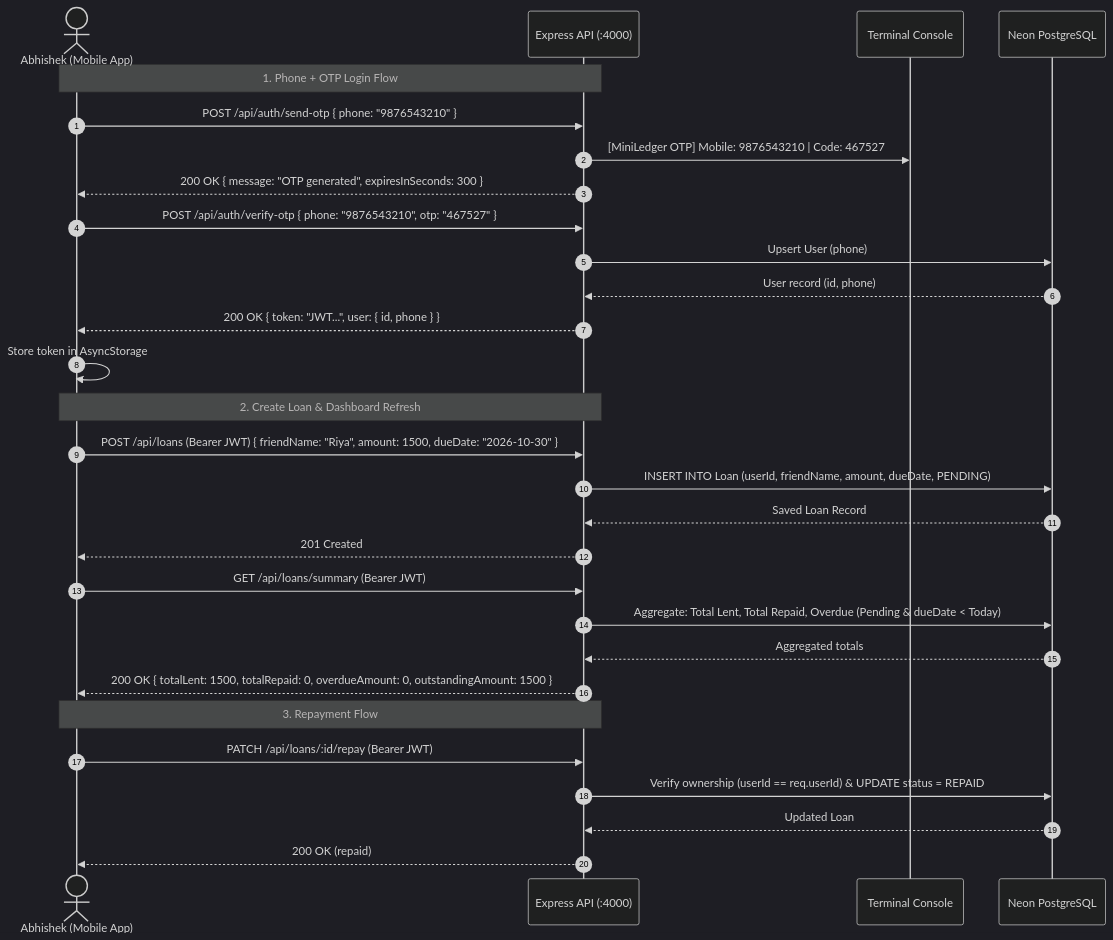
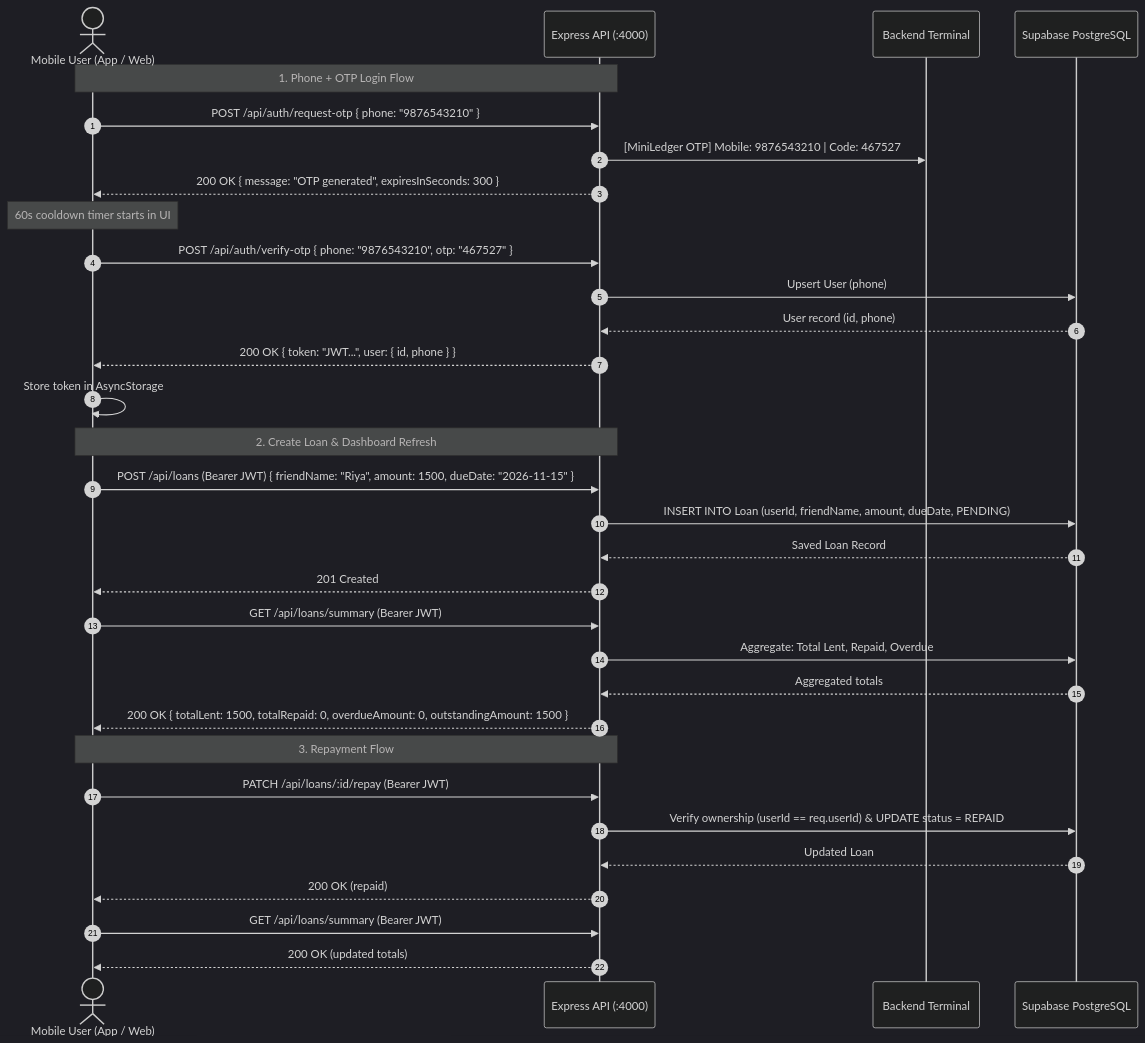
The second of 2 diagrams in README.md (abhishekpathak17052005/Miniledger), drawn with Mermaid (dark theme) before and after one commit. The commit also changed other lines of this file, not shown here.

````diff
--- a/README.md
+++ b/README.md
@@ -53,35 +106,37 @@
 ```mermaid
 sequenceDiagram
     autonumber
-    actor User as Abhishek (Mobile App)
+    actor User as Mobile User (App / Web)
     participant API as Express API (:4000)
-    participant Console as Terminal Console
-    participant DB as Neon PostgreSQL
+    participant Console as Backend Terminal
+    participant DB as Supabase PostgreSQL
 
     Note over User, API: 1. Phone + OTP Login Flow
-    User->>API: POST /api/auth/send-otp { phone: "9876543210" }
+    User->>API: POST /api/auth/request-otp { phone: "9876543210" }
     API->>Console: [MiniLedger OTP] Mobile: 9876543210 | Code: 467527
     API-->>User: 200 OK { message: "OTP generated", expiresInSeconds: 300 }
+    Note over User: 60s cooldown timer starts in UI
     User->>API: POST /api/auth/verify-otp { phone: "9876543210", otp: "467527" }
     API->>DB: Upsert User (phone)
     DB-->>API: User record (id, phone)
     API-->>User: 200 OK { token: "JWT...", user: { id, phone } }
     User->>User: Store token in AsyncStorage
 
     Note over User, API: 2. Create Loan & Dashboard Refresh
-    User->>API: POST /api/loans (Bearer JWT) { friendName: "Riya", amount: 1500, dueDate: "2026-10-30" }
+    User->>API: POST /api/loans (Bearer JWT) { friendName: "Riya", amount: 1500, dueDate: "2026-11-15" }
     API->>DB: INSERT INTO Loan (userId, friendName, amount, dueDate, PENDING)
     DB-->>API: Saved Loan Record
     API-->>User: 201 Created
-
     User->>API: GET /api/loans/summary (Bearer JWT)
-    API->>DB: Aggregate: Total Lent, Total Repaid, Overdue (Pending & dueDate < Today)
+    API->>DB: Aggregate: Total Lent, Repaid, Overdue
     DB-->>API: Aggregated totals
     API-->>User: 200 OK { totalLent: 1500, totalRepaid: 0, overdueAmount: 0, outstandingAmount: 1500 }
 
     Note over User, API: 3. Repayment Flow
     User->>API: PATCH /api/loans/:id/repay (Bearer JWT)
     API->>DB: Verify ownership (userId == req.userId) & UPDATE status = REPAID
     DB-->>API: Updated Loan
     API-->>User: 200 OK (repaid)
+    User->>API: GET /api/loans/summary (Bearer JWT)
+    API-->>User: 200 OK (updated totals)
 ```
````
